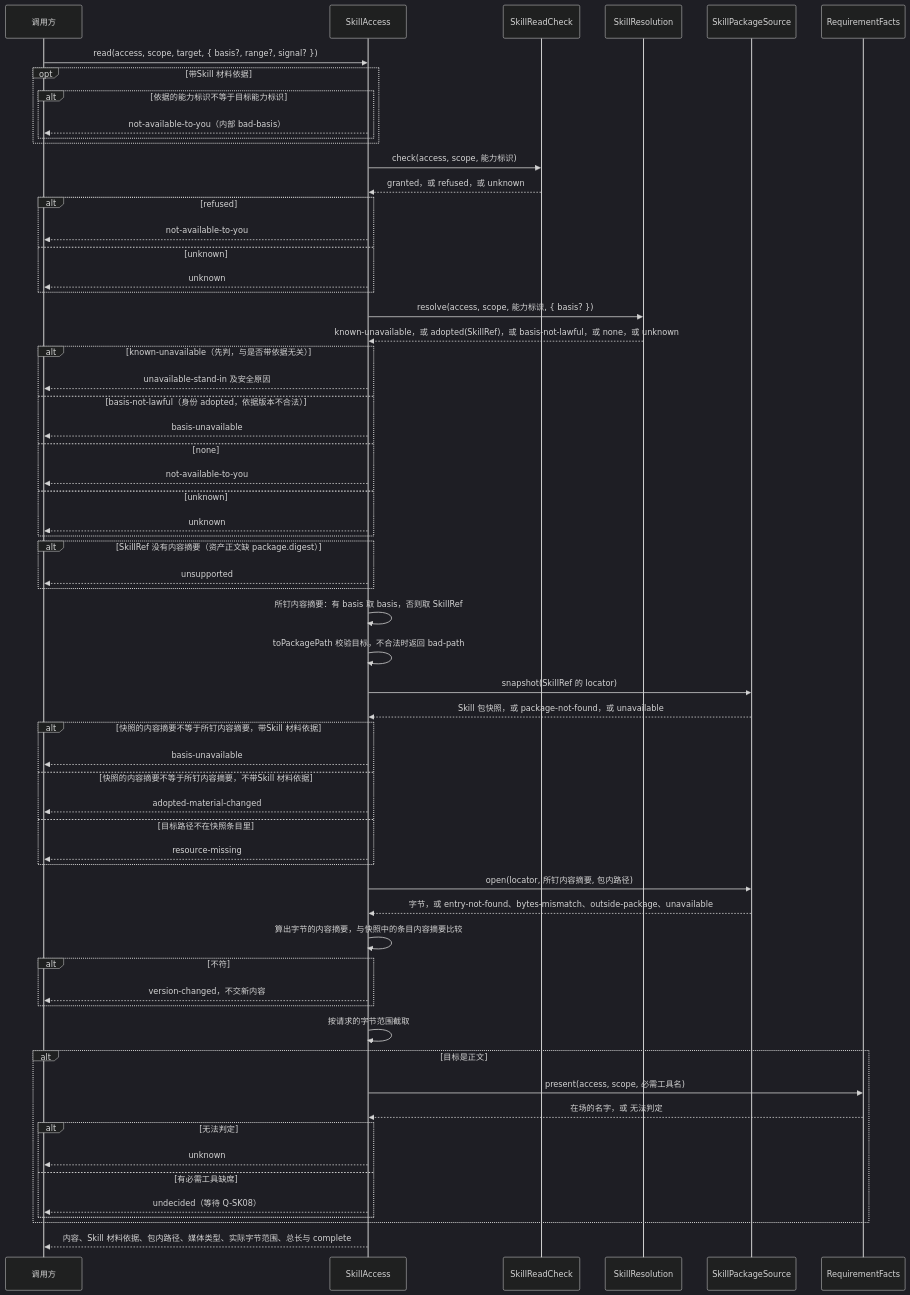
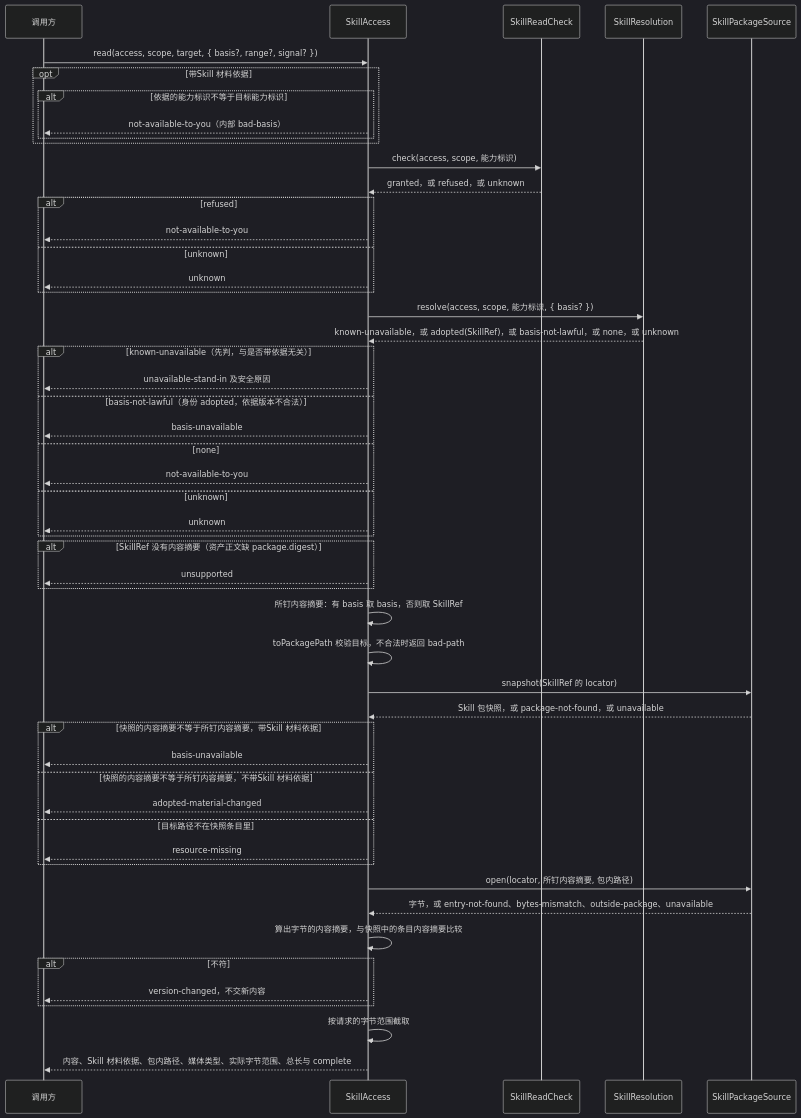
The third of 4 diagrams in packages/skills/docs/key-flows.md (nemori-ai/omne-harness-lite), drawn with Mermaid (dark theme) before and after one commit. The commit also changed other lines of this file and 3 other files, not shown here.

````diff
--- a/packages/skills/docs/key-flows.md
+++ b/packages/skills/docs/key-flows.md
@@ -88,64 +80,54 @@
 ```mermaid
 sequenceDiagram
   participant C as 调用方
   participant A as SkillAccess
   participant E as SkillReadCheck
   participant V as SkillResolution
   participant S as SkillPackageSource
-  participant F as RequirementFacts
   C->>A: read(access, scope, target, { basis?, range?, signal? })
   opt 带Skill 材料依据
     alt 依据的能力标识不等于目标能力标识
       A-->>C: not-available-to-you（内部 bad-basis）
     end
   end
   A->>E: check(access, scope, 能力标识)
   E-->>A: granted，或 refused，或 unknown
   alt refused
     A-->>C: not-available-to-you
   else unknown
     A-->>C: unknown
   end
   A->>V: resolve(access, scope, 能力标识, { basis? })
   V-->>A: known-unavailable，或 adopted(SkillRef)，或 basis-not-lawful，或 none，或 unknown
   alt known-unavailable（先判，与是否带依据无关）
     A-->>C: unavailable-stand-in 及安全原因
   else basis-not-lawful（身份 adopted，依据版本不合法）
     A-->>C: basis-unavailable
   else none
     A-->>C: not-available-to-you
   else unknown
     A-->>C: unknown
   end
   alt SkillRef 没有内容摘要（资产正文缺 package.digest）
     A-->>C: unsupported
   end
   A->>A: 所钉内容摘要：有 basis 取 basis，否则取 SkillRef
   A->>A: toPackagePath 校验目标，不合法时返回 bad-path
   A->>S: snapshot(SkillRef 的 locator)
   S-->>A: Skill 包快照，或 package-not-found，或 unavailable
   alt 快照的内容摘要不等于所钉内容摘要，带Skill 材料依据
     A-->>C: basis-unavailable
   else 快照的内容摘要不等于所钉内容摘要，不带Skill 材料依据
     A-->>C: adopted-material-changed
   else 目标路径不在快照条目里
     A-->>C: resource-missing
   end
   A->>S: open(locator, 所钉内容摘要, 包内路径)
   S-->>A: 字节，或 entry-not-found、bytes-mismatch、outside-package、unavailable
   A->>A: 算出字节的内容摘要，与快照中的条目内容摘要比较
   alt 不符
     A-->>C: version-changed，不交新内容
   end
   A->>A: 按请求的字节范围截取
-  alt 目标是正文
-    A->>F: present(access, scope, 必需工具名)
-    F-->>A: 在场的名字，或 无法判定
-    alt 无法判定
-      A-->>C: unknown
-    else 有必需工具缺席
-      A-->>C: undecided（等待 Q-SK08）
-    end
-  end
   A-->>C: 内容、Skill 材料依据、包内路径、媒体类型、实际字节范围、总长与 complete
 ```
````
